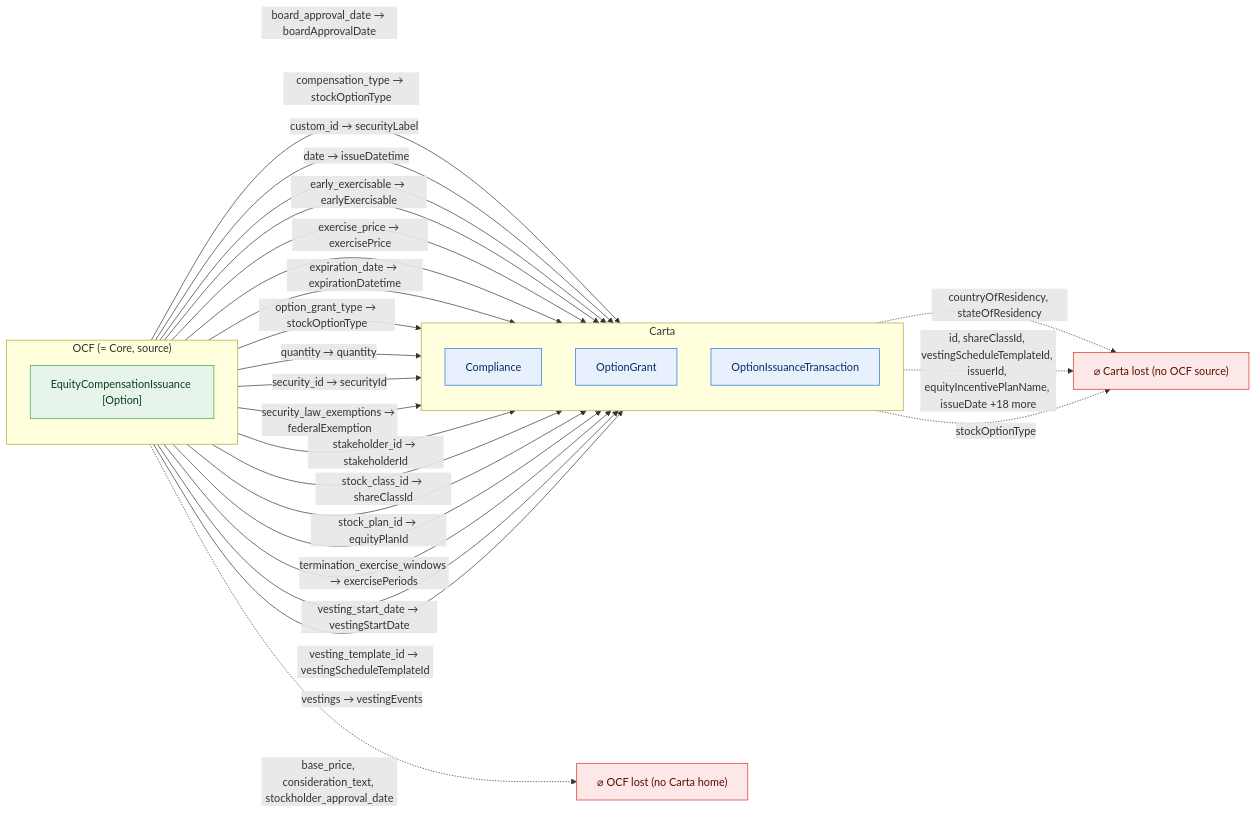
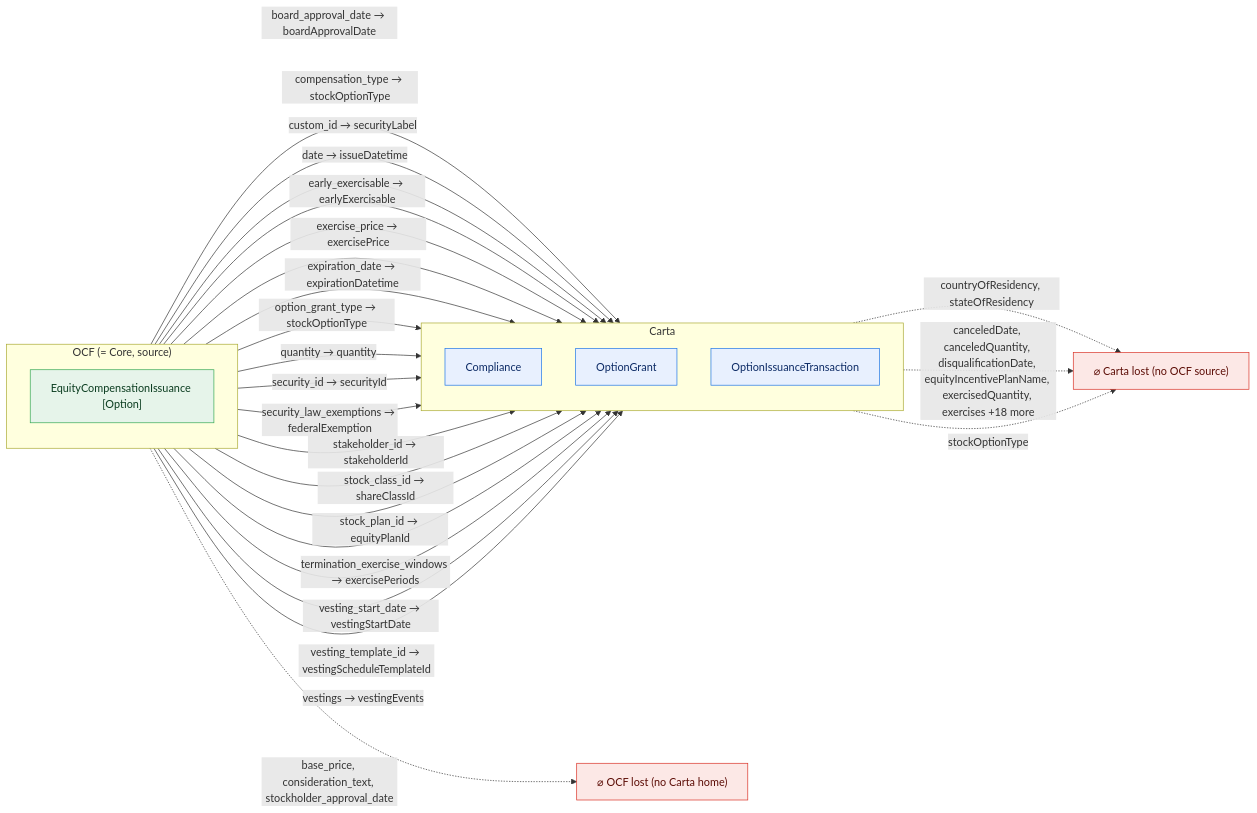
The second of 47 diagrams in docs/core-bidirectional-flow.md (Open-Cap-Table-Coalition/OCF-Composed-Schemas), drawn with Mermaid before and after one commit. The commit also changed other lines of this file and 7 other files, not shown here.

````diff
--- a/docs/core-bidirectional-flow.md
+++ b/docs/core-bidirectional-flow.md
@@ -46,41 +69,41 @@
 ```mermaid
 flowchart LR
   classDef adm fill:#e6f4ea,stroke:#34a853,color:#0b3d20;
   classDef notadm fill:#f1f3f4,stroke:#9aa0a6,color:#5f6368,stroke-dasharray:4 3;
   classDef carta fill:#e8f0fe,stroke:#1a73e8,color:#0d2b66;
   classDef lost fill:#fce8e6,stroke:#d93025,color:#5c0d06;
   subgraph SRC["OCF (= Core, source)"]
     direction TB
     o0["EquityCompensationIssuance [Option]"]:::adm
   end
   subgraph TGT["Carta"]
     direction TB
     t0["Compliance"]:::carta
     t1["OptionGrant"]:::carta
     t2["OptionIssuanceTransaction"]:::carta
   end
   ocflost["⌀ OCF lost (no Carta home)"]:::lost
   cartalost["⌀ Carta lost (no OCF source)"]:::lost
   o0 -->|"board_approval_date → boardApprovalDate"| t1
   o0 -->|"compensation_type → stockOptionType"| t1
   o0 -->|"custom_id → securityLabel"| t1
   o0 -->|"date → issueDatetime"| t2
   o0 -->|"early_exercisable → earlyExercisable"| t1
   o0 -->|"exercise_price → exercisePrice"| t2
   o0 -->|"expiration_date → expirationDatetime"| t2
   o0 -->|"option_grant_type → stockOptionType"| t1
   o0 -->|"quantity → quantity"| t2
   o0 -->|"security_id → securityId"| t1
   o0 -->|"security_law_exemptions → federalExemption"| t0
   o0 -->|"stakeholder_id → stakeholderId"| t1
   o0 -->|"stock_class_id → shareClassId"| t2
   o0 -->|"stock_plan_id → equityPlanId"| t2
   o0 -->|"termination_exercise_windows → exercisePeriods"| t1
   o0 -->|"vesting_start_date → vestingStartDate"| t1
   o0 -->|"vesting_template_id → vestingScheduleTemplateId"| t2
   o0 -->|"vestings → vestingEvents"| t1
   o0 -.->|"base_price, consideration_text, stockholder_approval_date"| ocflost
   t0 -.->|"countryOfResidency, stateOfResidency"| cartalost
-  t1 -.->|"id, shareClassId, vestingScheduleTemplateId, issuerId, equityIncentivePlanName, issueDate +18 more"| cartalost
+  t1 -.->|"canceledDate, canceledQuantity, disqualificationDate, equityIncentivePlanName, exercisedQuantity, exercises +18 more"| cartalost
   t2 -.->|"stockOptionType"| cartalost
 ```
````
